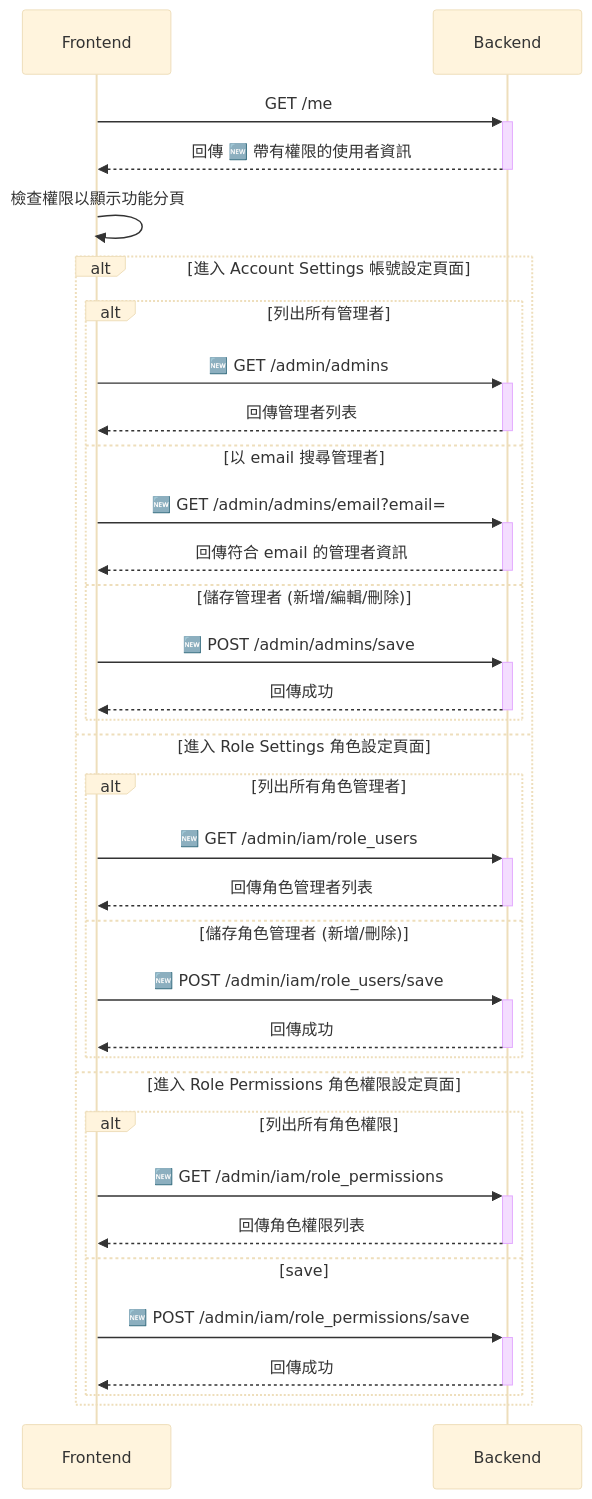
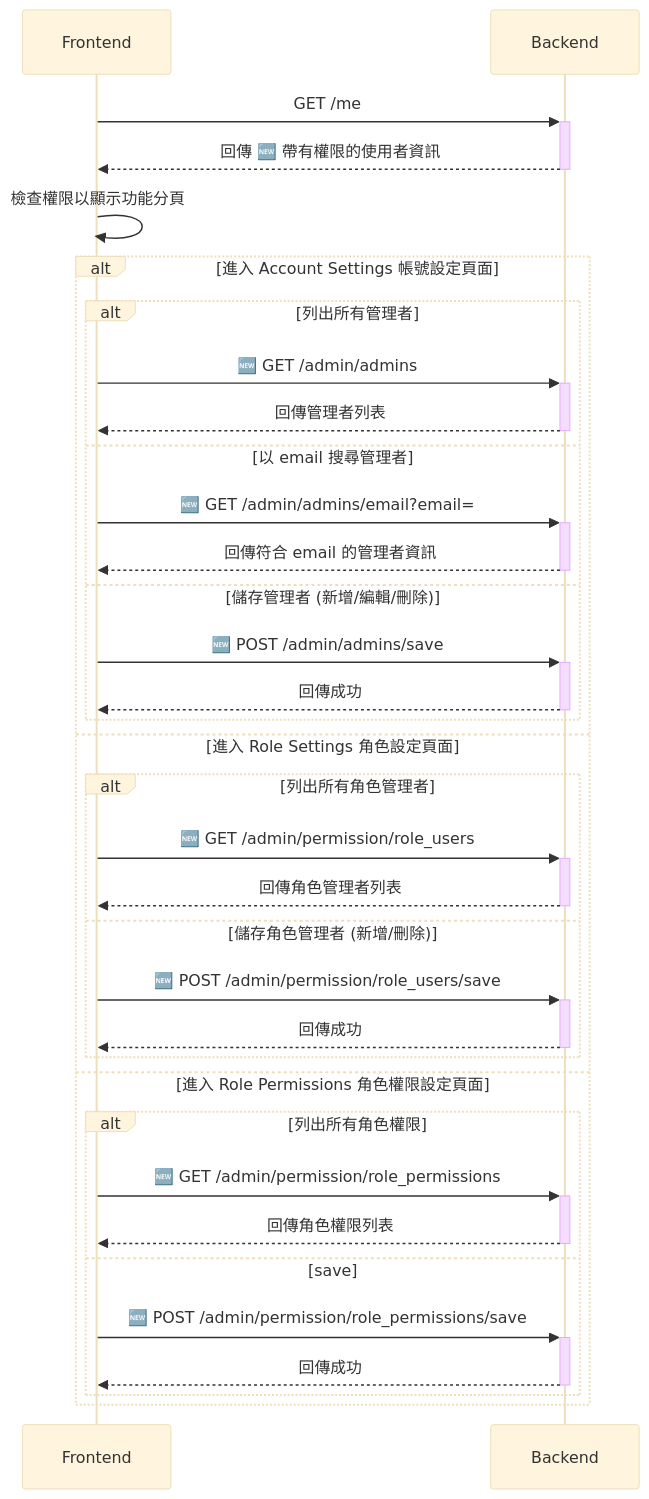
One commit to harry-tsai/notebook changed the first of 2 diagrams in api/design/permission_management/README.md. Above: the diagram before and after it, drawn with Mermaid (base theme). The commit also changed other lines of this file, not shown here.

Commit message:
更新 API 文檔，將 IAM 相關路由更改為 Permission，並調整相關的 API 說明與中介軟體邏輯

````diff
--- a/api/design/permission_management/README.md
+++ b/api/design/permission_management/README.md
@@ -9,35 +9,35 @@
 ```mermaid
 sequenceDiagram
   Frontend ->>+ Backend: GET /me
   Backend -->>- Frontend: 回傳 🆕 帶有權限的使用者資訊
   Frontend ->> Frontend: 檢查權限以顯示功能分頁
 
   alt 進入 Account Settings 帳號設定頁面
     alt 列出所有管理者
       Frontend ->>+ Backend: 🆕 GET /admin/admins
       Backend -->>- Frontend: 回傳管理者列表
     else 以 email 搜尋管理者
       Frontend ->>+ Backend: 🆕 GET /admin/admins/email?email=
       Backend -->>- Frontend: 回傳符合 email 的管理者資訊
     else 儲存管理者 (新增/編輯/刪除)
       Frontend ->>+ Backend: 🆕 POST /admin/admins/save
       Backend -->>- Frontend: 回傳成功
     end
   else 進入 Role Settings 角色設定頁面
     alt 列出所有角色管理者
-      Frontend ->>+ Backend: 🆕 GET /admin/iam/role_users
+      Frontend ->>+ Backend: 🆕 GET /admin/permission/role_users
       Backend -->>- Frontend: 回傳角色管理者列表
     else 儲存角色管理者 (新增/刪除)
-      Frontend ->>+ Backend: 🆕 POST /admin/iam/role_users/save
+      Frontend ->>+ Backend: 🆕 POST /admin/permission/role_users/save
       Backend -->>- Frontend: 回傳成功
     end
   else 進入 Role Permissions 角色權限設定頁面
     alt 列出所有角色權限
-      Frontend ->>+ Backend: 🆕 GET /admin/iam/role_permissions
+      Frontend ->>+ Backend: 🆕 GET /admin/permission/role_permissions
       Backend -->>- Frontend: 回傳角色權限列表
     else save
-      Frontend ->>+ Backend: 🆕 POST /admin/iam/role_permissions/save
+      Frontend ->>+ Backend: 🆕 POST /admin/permission/role_permissions/save
       Backend -->>- Frontend: 回傳成功
     end
   end
 ```
````
